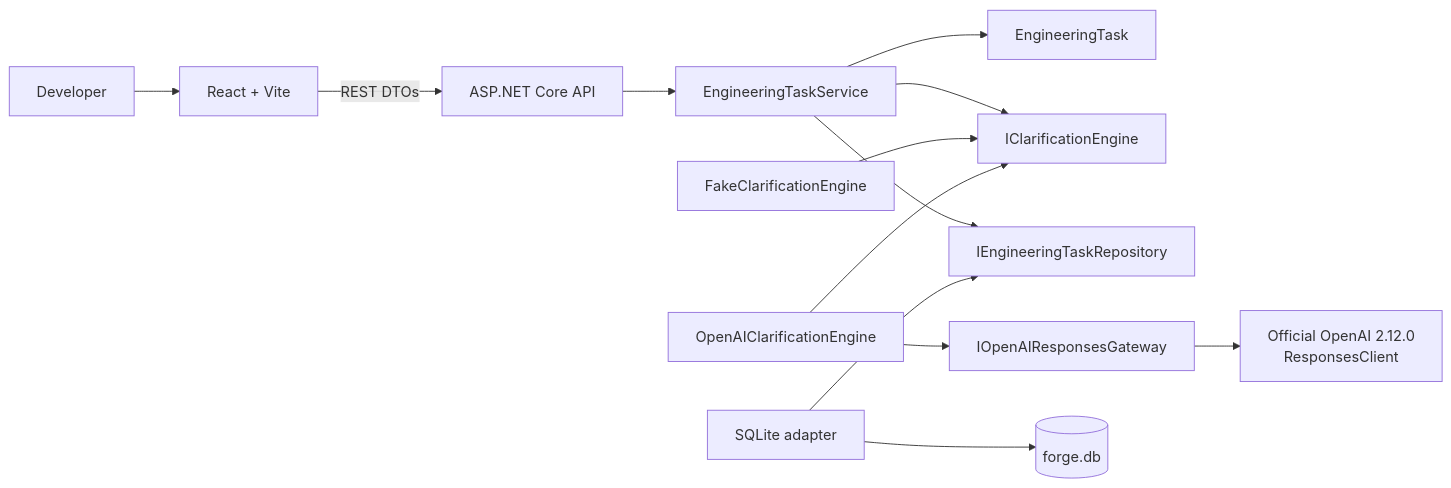
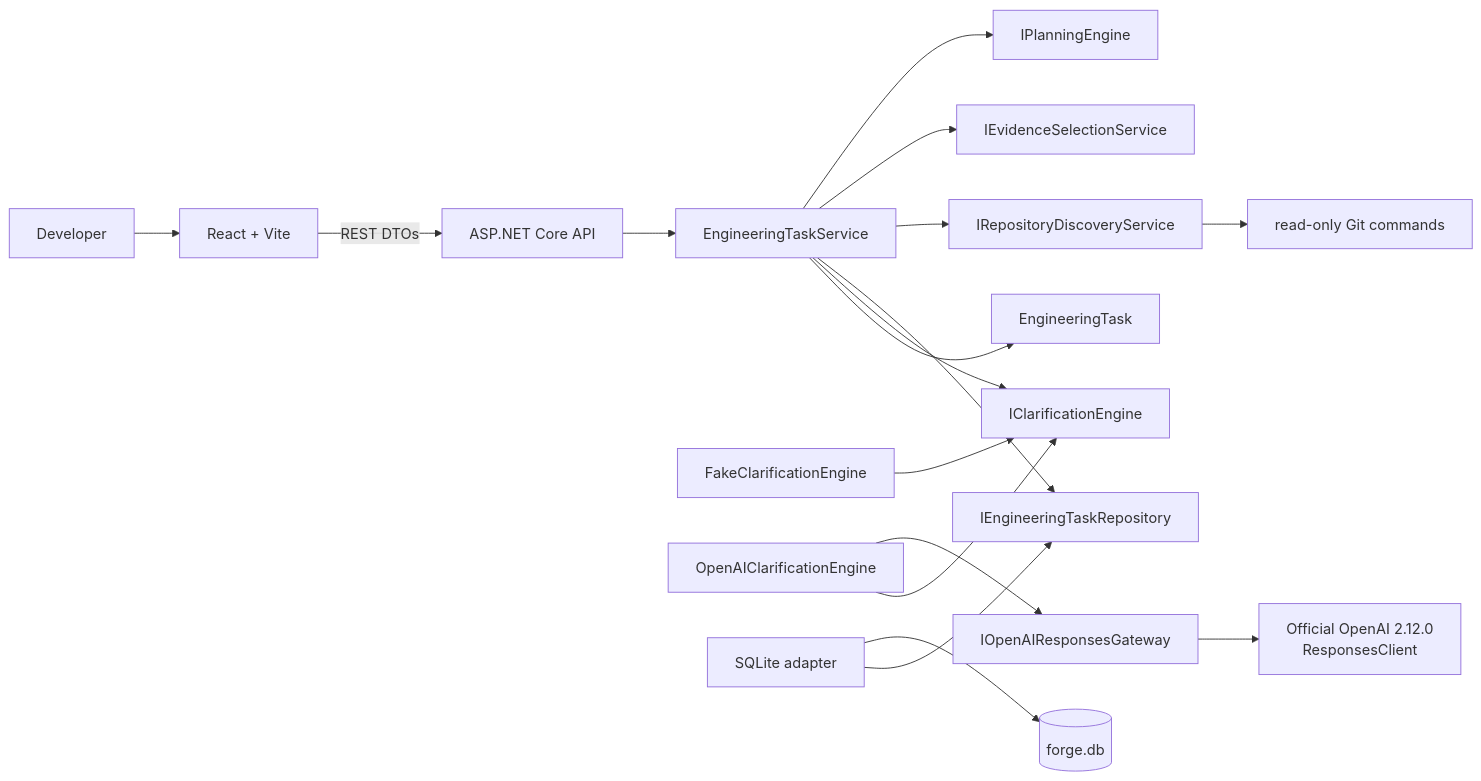
Before and after one commit to kamalpuvvada/forge-ai: the first of 3 diagrams in docs/architecture.md, drawn with Mermaid. The commit also changed other lines of this file and 30 other files, not shown here.

First line of the commit message:
Implement repository analysis and planning engine with evidence selection

````diff
--- a/docs/architecture.md
+++ b/docs/architecture.md
@@ -10,15 +10,19 @@
 ```mermaid
 flowchart LR
     User[Developer] --> Web[React + Vite]
     Web -->|REST DTOs| Api[ASP.NET Core API]
     Api --> Service[EngineeringTaskService]
     Service --> Domain[EngineeringTask]
     Service --> Port[IClarificationEngine]
     Service --> Repo[IEngineeringTaskRepository]
     Fake[FakeClarificationEngine] --> Port
     OpenAIEngine[OpenAIClarificationEngine] --> Port
     OpenAIEngine --> Gateway[IOpenAIResponsesGateway]
     Gateway --> SDK[Official OpenAI 2.12.0\nResponsesClient]
     RepoAdapter[SQLite adapter] --> Repo
     RepoAdapter --> DB[(forge.db)]
+    Service --> Discovery[IRepositoryDiscoveryService]
+    Service --> Evidence[IEvidenceSelectionService]
+    Service --> Planner[IPlanningEngine]
+    Discovery --> Git[read-only Git commands]
 ```
````
